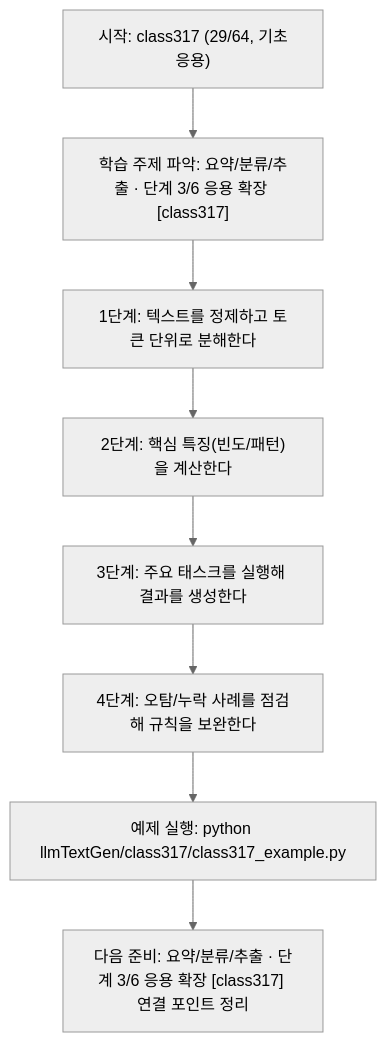
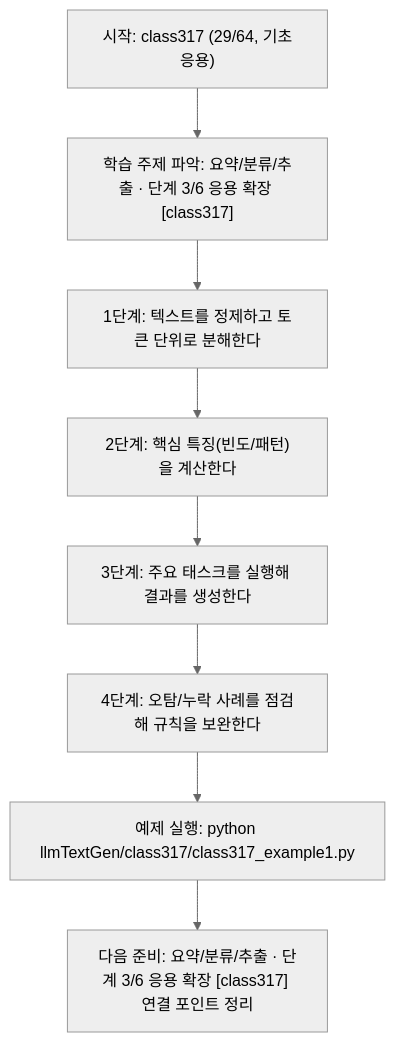
The diagram in llmTextGen/class317/class317.md (edumgt/Python-AI_Agent-Class), drawn with Mermaid (neutral theme) before and after one commit. The commit also changed other lines of this file and 2959 other files, not shown here.

````diff
--- a/llmTextGen/class317/class317.md
+++ b/llmTextGen/class317/class317.md
@@ -114,18 +114,18 @@
 ```mermaid
 flowchart TD
 N1["시작: class317 (29/64, 기초응용)"]
 N2["학습 주제 파악: 요약/분류/추출 · 단계 3/6 응용 확장 [class317]"]
 N3["1단계: 텍스트를 정제하고 토큰 단위로 분해한다"]
 N4["2단계: 핵심 특징(빈도/패턴)을 계산한다"]
 N5["3단계: 주요 태스크를 실행해 결과를 생성한다"]
 N6["4단계: 오탐/누락 사례를 점검해 규칙을 보완한다"]
-N7["예제 실행: python llmTextGen/class317/class317_example.py"]
+N7["예제 실행: python llmTextGen/class317/class317_example1.py"]
 N8["다음 준비: 요약/분류/추출 · 단계 3/6 응용 확장 [class317] 연결 포인트 정리"]
 N1 --> N2
 N2 --> N3
 N3 --> N4
 N4 --> N5
 N5 --> N6
 N6 --> N7
 N7 --> N8
 ```
````
